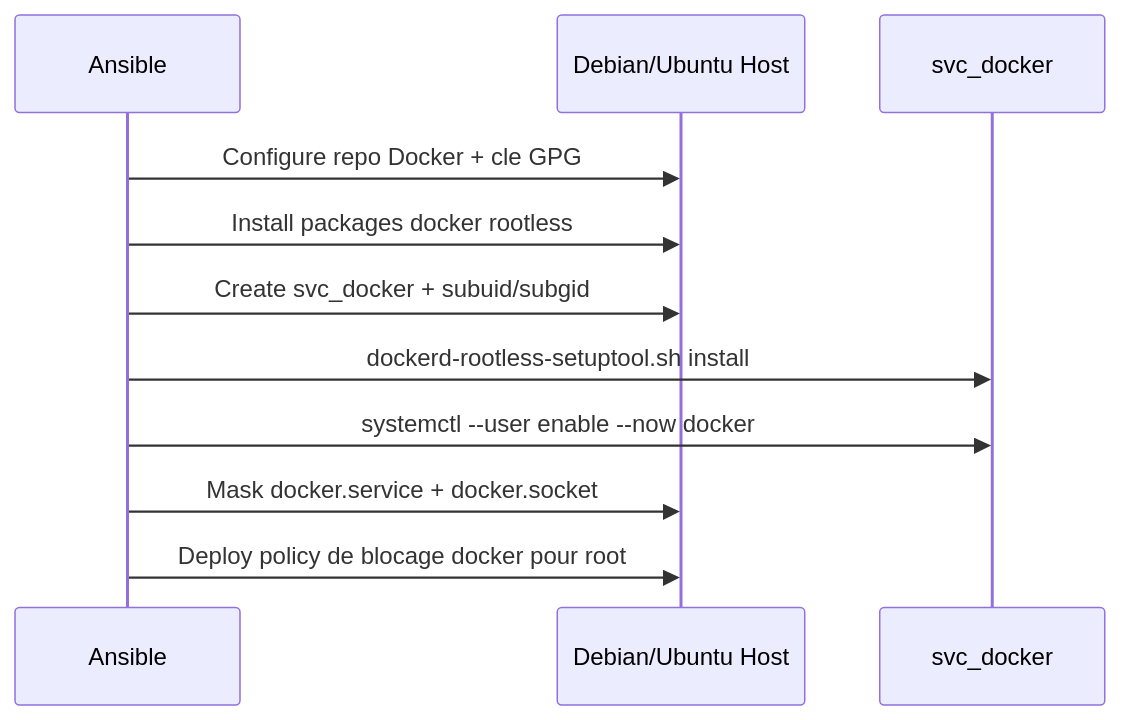
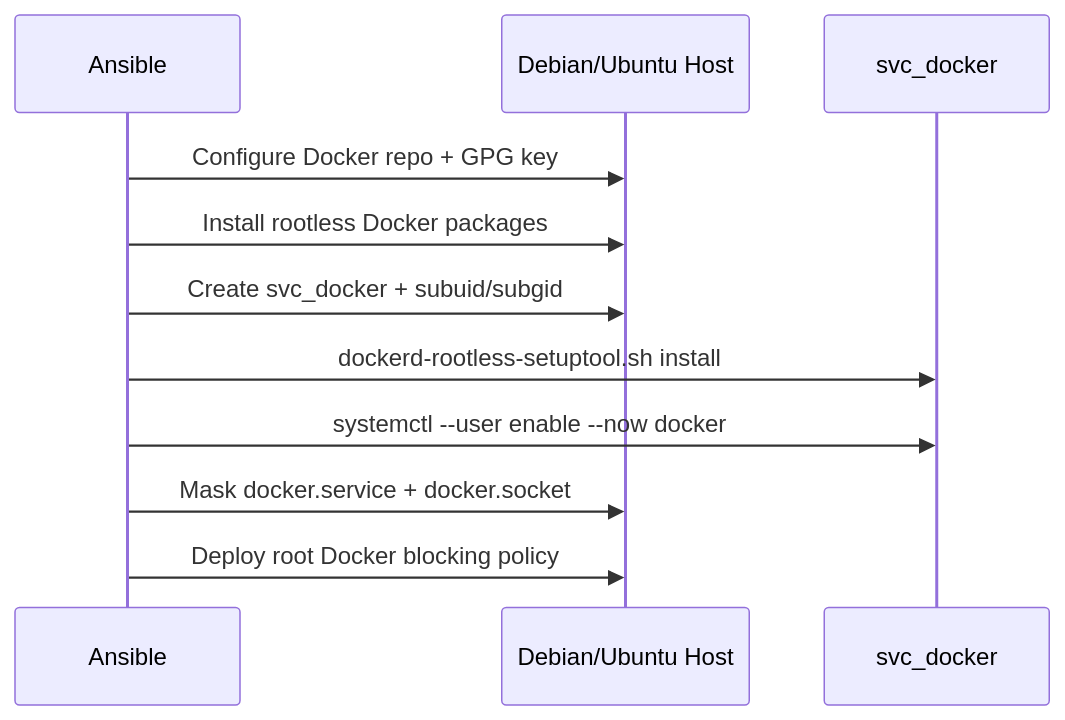
Before and after one commit to tomanix/boit-template: the second of 2 diagrams in docker_rootless/README.md, drawn with Mermaid. The commit also changed other lines of this file and 1 other file, not shown here.

````diff
--- a/docker_rootless/README.md
+++ b/docker_rootless/README.md
@@ -29,13 +29,13 @@
 ```mermaid
 sequenceDiagram
   participant Ansible
   participant Host as Debian/Ubuntu Host
   participant Svc as svc_docker
-  Ansible->>Host: Configure repo Docker + cle GPG
-  Ansible->>Host: Install packages docker rootless
+  Ansible->>Host: Configure Docker repo + GPG key
+  Ansible->>Host: Install rootless Docker packages
   Ansible->>Host: Create svc_docker + subuid/subgid
   Ansible->>Svc: dockerd-rootless-setuptool.sh install
   Ansible->>Svc: systemctl --user enable --now docker
   Ansible->>Host: Mask docker.service + docker.socket
-  Ansible->>Host: Deploy policy de blocage docker pour root
+  Ansible->>Host: Deploy root Docker blocking policy
 ```
````
